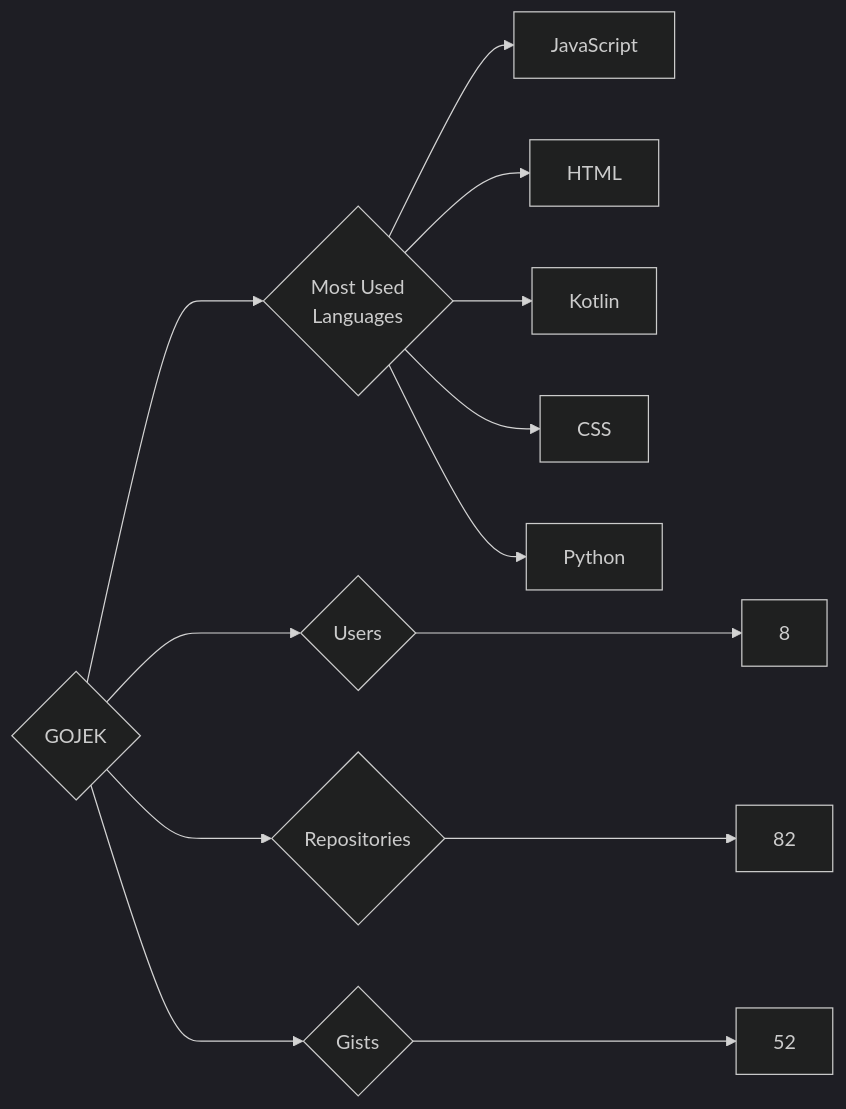
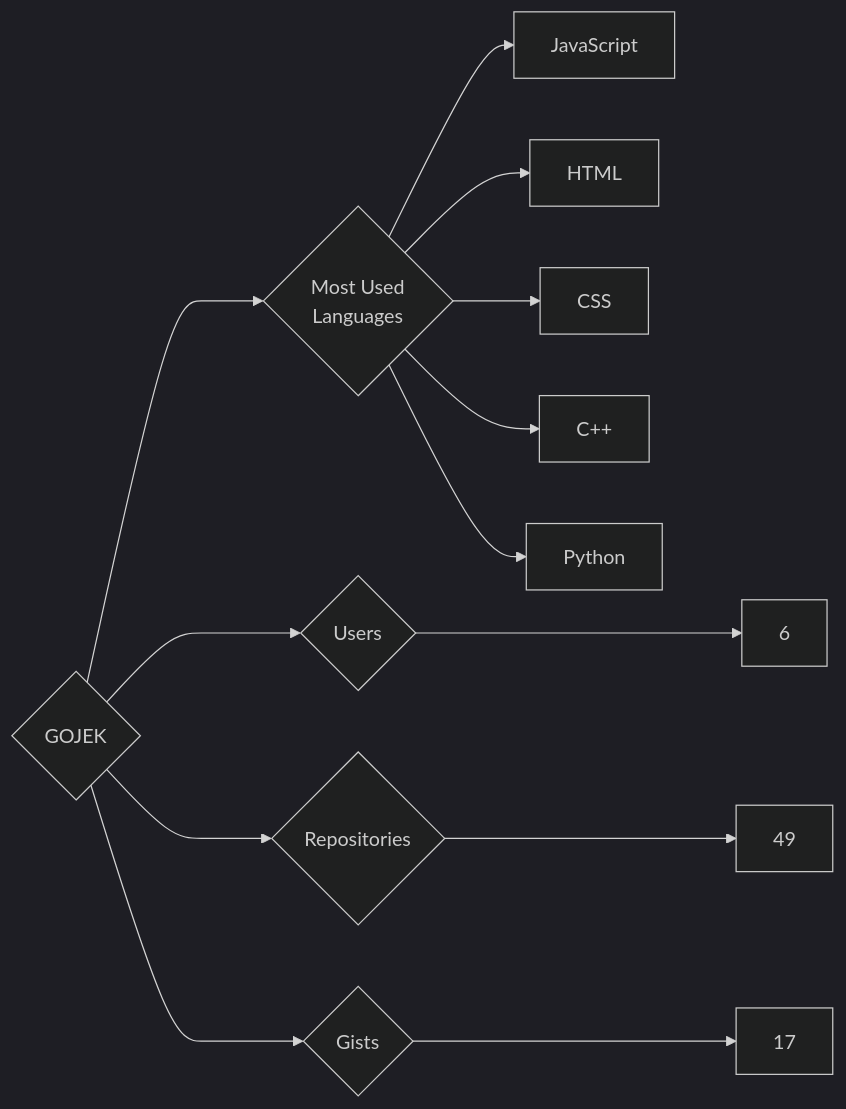
Before and after one commit to trickest/insiders: the diagram in targets/GOJEK/README.md, drawn with Mermaid (dark theme). The commit also changed 783 other files, not shown here.

````diff
--- a/targets/GOJEK/README.md
+++ b/targets/GOJEK/README.md
@@ -3,13 +3,13 @@
 ```mermaid
 graph LR
 COMPANY_NAME{GOJEK}
-COMPANY_NAME ---> U{Users} ---> UN[8]
-COMPANY_NAME ---> R{Repositories} ---> RN[82]
-COMPANY_NAME ---> G{Gists} ---> GN[52]
+COMPANY_NAME ---> U{Users} ---> UN[6]
+COMPANY_NAME ---> R{Repositories} ---> RN[49]
+COMPANY_NAME ---> G{Gists} ---> GN[17]
 COMPANY_NAME ---> ML{Most Used<br>Languages}
 ML --> JavaScript[JavaScript]
 ML --> HTML[HTML]
-ML --> Kotlin[Kotlin]
 ML --> CSS[CSS]
+ML --> C++[C++]
 ML --> Python[Python]
 ```
````
